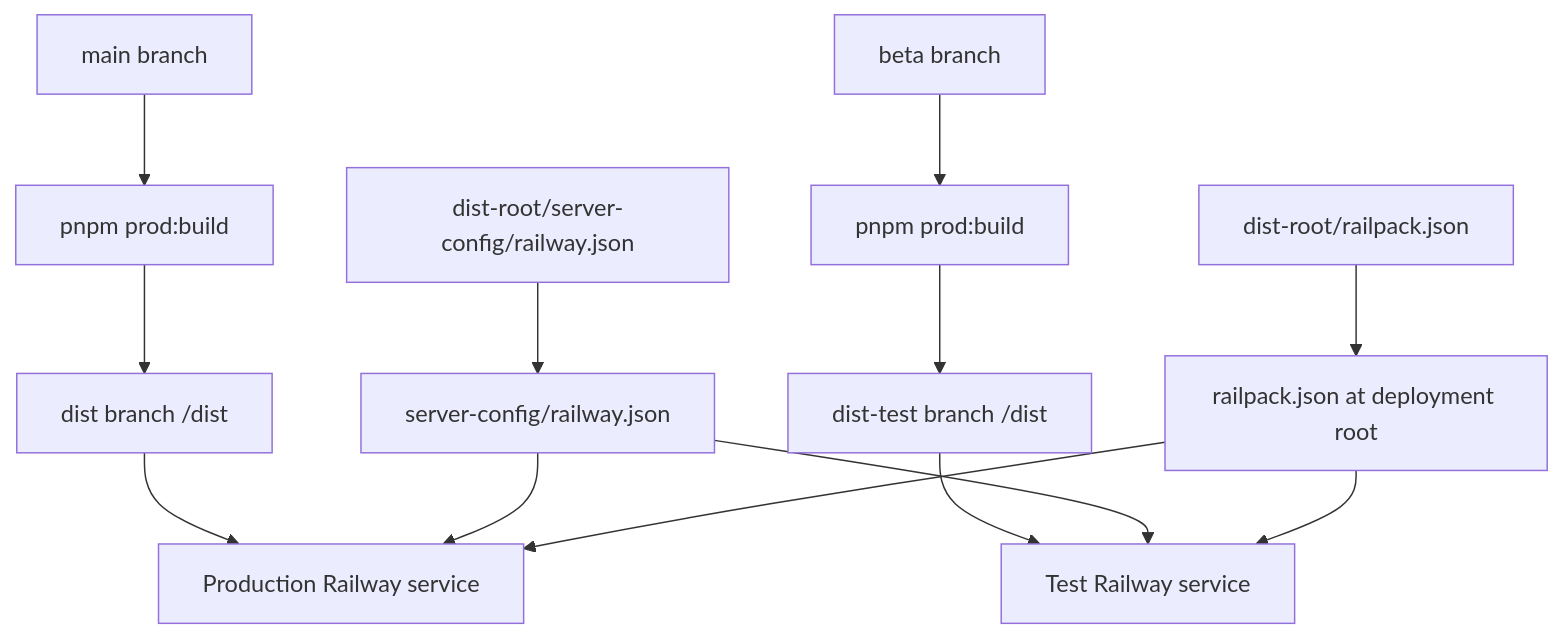
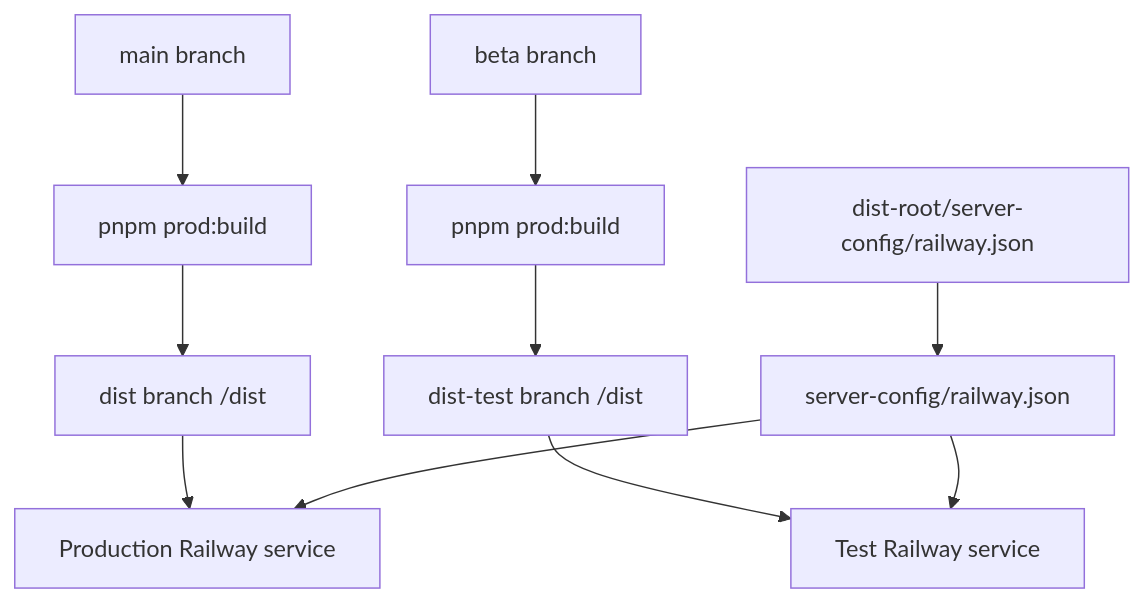
Before and after one commit to Nexthood/useclevr-production-2026: the diagram in docs/Developer_Guides/RAILWAY_DEPLOYMENT.md, drawn with Mermaid. The commit also changed other lines of this file and 24 other files, not shown here.

````diff
--- a/docs/Developer_Guides/RAILWAY_DEPLOYMENT.md
+++ b/docs/Developer_Guides/RAILWAY_DEPLOYMENT.md
@@ -39,18 +44,15 @@
 ```mermaid
 flowchart TD
   Main[main branch] --> Build[pnpm prod:build]
   Beta[beta branch] --> TestBuild[pnpm prod:build]
 
   Build --> DistBranch[dist branch /dist]
   TestBuild --> DistTestBranch[dist-test branch /dist]
 
   Config[dist-root/server-config/railway.json] --> ServerConfig[server-config/railway.json]
-  Railpack[dist-root/railpack.json] --> RailpackRoot[railpack.json at deployment root]
 
   DistBranch --> ProdRailway[Production Railway service]
   DistTestBranch --> TestRailway[Test Railway service]
   ServerConfig --> ProdRailway
   ServerConfig --> TestRailway
-  RailpackRoot --> ProdRailway
-  RailpackRoot --> TestRailway
 ```
````
